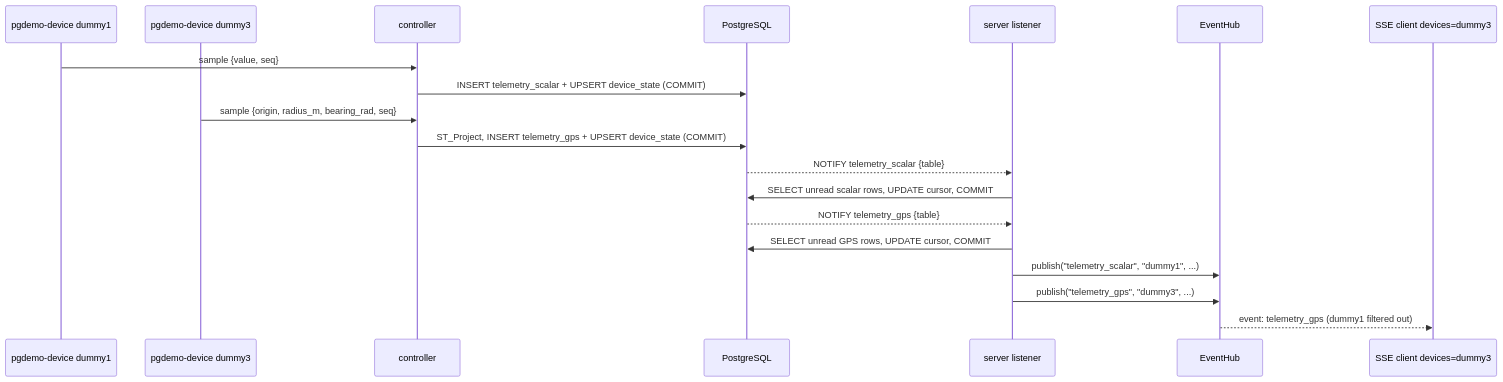
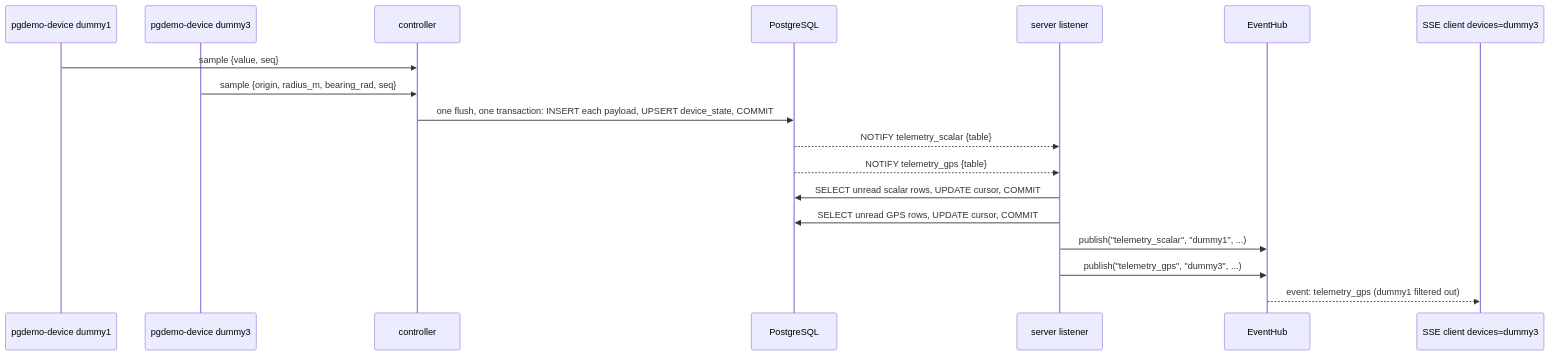
Before and after one commit to jgmatu/postgresql: the second of 5 diagrams in docs/ARCHITECTURE.md, drawn with Mermaid. The commit also changed other lines of this file and 4 other files, not shown here.

First line of the commit message:
Align the telemetry docs with one flush per window and one notify per insert.

````diff
--- a/docs/ARCHITECTURE.md
+++ b/docs/ARCHITECTURE.md
@@ -97,21 +97,20 @@
 ```mermaid
 sequenceDiagram
     participant P1 as pgdemo-device dummy1
     participant P3 as pgdemo-device dummy3
     participant C as controller
     participant PG as PostgreSQL
     participant L as server listener
     participant H as EventHub
     participant B as SSE client devices=dummy3
     P1->>C: sample {value, seq}
-    C->>PG: INSERT telemetry_scalar + UPSERT device_state (COMMIT)
     P3->>C: sample {origin, radius_m, bearing_rad, seq}
-    C->>PG: ST_Project, INSERT telemetry_gps + UPSERT device_state (COMMIT)
+    C->>PG: one flush, one transaction: INSERT each payload, UPSERT device_state, COMMIT
     PG-->>L: NOTIFY telemetry_scalar {table}
+    PG-->>L: NOTIFY telemetry_gps {table}
     L->>PG: SELECT unread scalar rows, UPDATE cursor, COMMIT
-    PG-->>L: NOTIFY telemetry_gps {table}
     L->>PG: SELECT unread GPS rows, UPDATE cursor, COMMIT
     L->>H: publish("telemetry_scalar", "dummy1", ...)
     L->>H: publish("telemetry_gps", "dummy3", ...)
     H-->>B: event: telemetry_gps (dummy1 filtered out)
 ```
````
